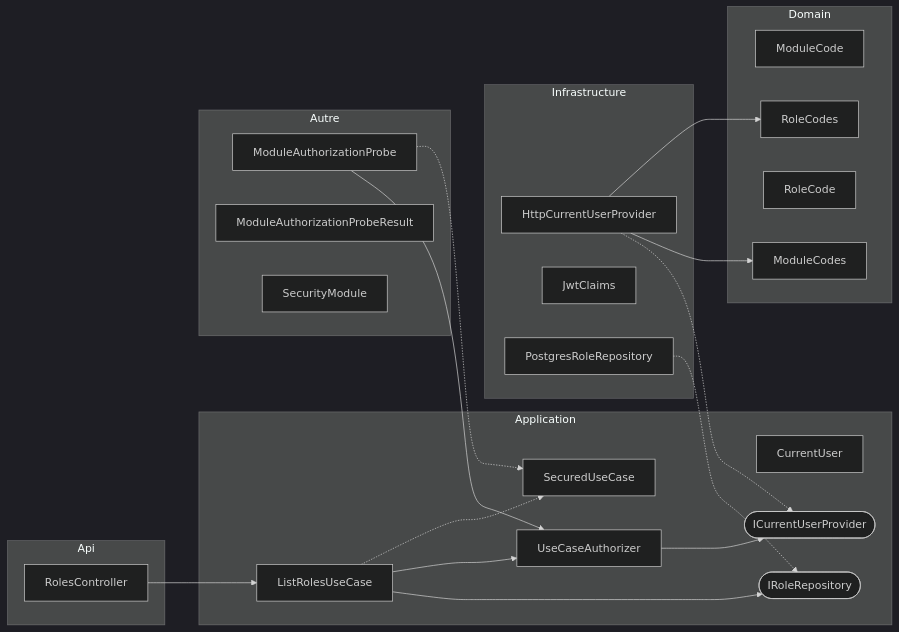
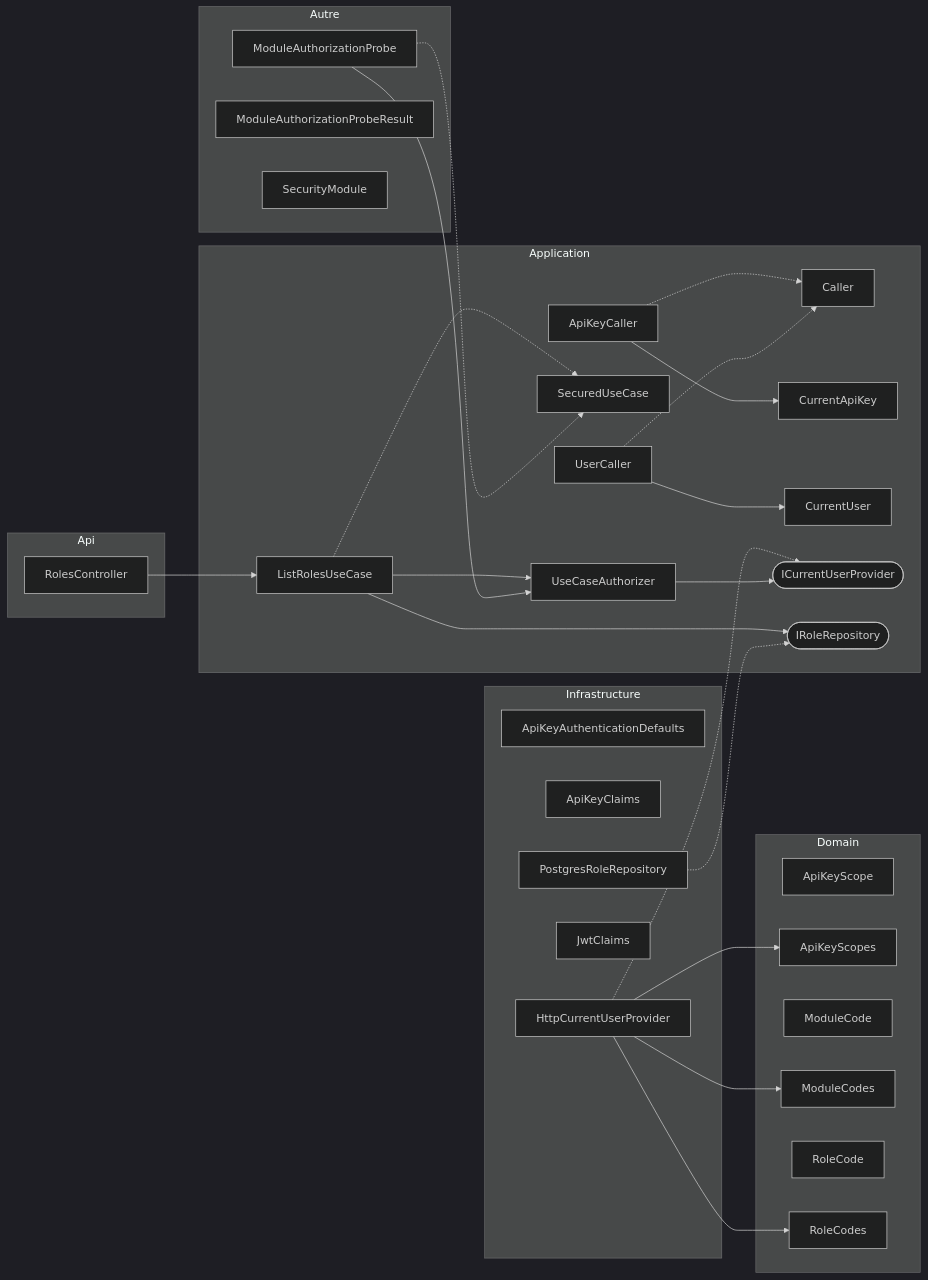
One commit to huiitre/Tools-app changed the diagram in api/docs/diagrams/Core/Security/security.md. Above: the diagram before and after it, drawn with Mermaid (dark theme). The commit also changed 58 other files, not shown here.

````diff
--- a/api/docs/diagrams/Core/Security/security.md
+++ b/api/docs/diagrams/Core/Security/security.md
@@ -5,41 +5,54 @@
 ```mermaid
 flowchart LR
   subgraph Api
   RolesController["RolesController"]
   end
   subgraph Application
+  ApiKeyCaller["ApiKeyCaller"]
+  Caller["Caller"]
+  CurrentApiKey["CurrentApiKey"]
   CurrentUser["CurrentUser"]
   ICurrentUserProvider(["ICurrentUserProvider"])
   IRoleRepository(["IRoleRepository"])
   ListRolesUseCase["ListRolesUseCase"]
   SecuredUseCase["SecuredUseCase"]
   UseCaseAuthorizer["UseCaseAuthorizer"]
+  UserCaller["UserCaller"]
   end
   subgraph Domain
+  ApiKeyScope["ApiKeyScope"]
+  ApiKeyScopes["ApiKeyScopes"]
   ModuleCode["ModuleCode"]
   ModuleCodes["ModuleCodes"]
   RoleCode["RoleCode"]
   RoleCodes["RoleCodes"]
   end
   subgraph Infrastructure
+  ApiKeyAuthenticationDefaults["ApiKeyAuthenticationDefaults"]
+  ApiKeyClaims["ApiKeyClaims"]
   HttpCurrentUserProvider["HttpCurrentUserProvider"]
   JwtClaims["JwtClaims"]
   PostgresRoleRepository["PostgresRoleRepository"]
   end
   subgraph Autre
   ModuleAuthorizationProbe["ModuleAuthorizationProbe"]
   ModuleAuthorizationProbeResult["ModuleAuthorizationProbeResult"]
   SecurityModule["SecurityModule"]
   end
+  ApiKeyCaller --> CurrentApiKey
+  ApiKeyCaller -.-> Caller
   HttpCurrentUserProvider -.-> ICurrentUserProvider
+  HttpCurrentUserProvider --> ApiKeyScopes
   HttpCurrentUserProvider --> ModuleCodes
   HttpCurrentUserProvider --> RoleCodes
   ListRolesUseCase --> IRoleRepository
   ListRolesUseCase --> UseCaseAuthorizer
   ListRolesUseCase -.-> SecuredUseCase
   ModuleAuthorizationProbe --> UseCaseAuthorizer
   ModuleAuthorizationProbe -.-> SecuredUseCase
   PostgresRoleRepository -.-> IRoleRepository
   RolesController --> ListRolesUseCase
   UseCaseAuthorizer --> ICurrentUserProvider
+  UserCaller --> CurrentUser
+  UserCaller -.-> Caller
 ```
````
